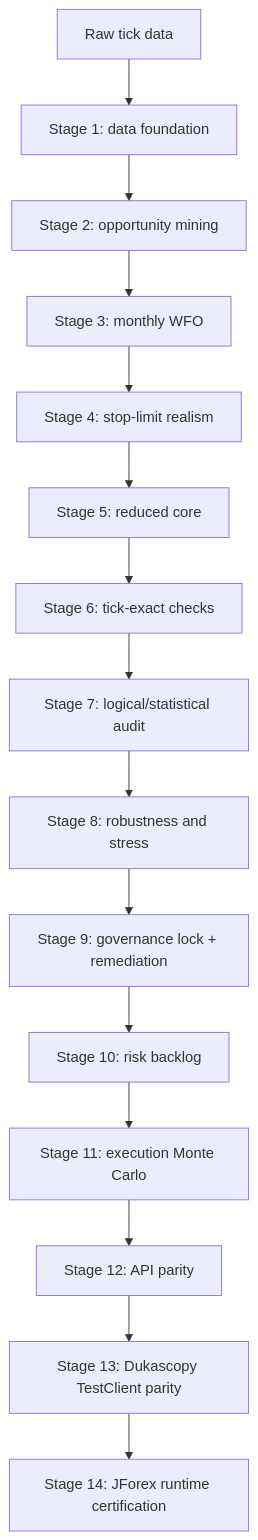
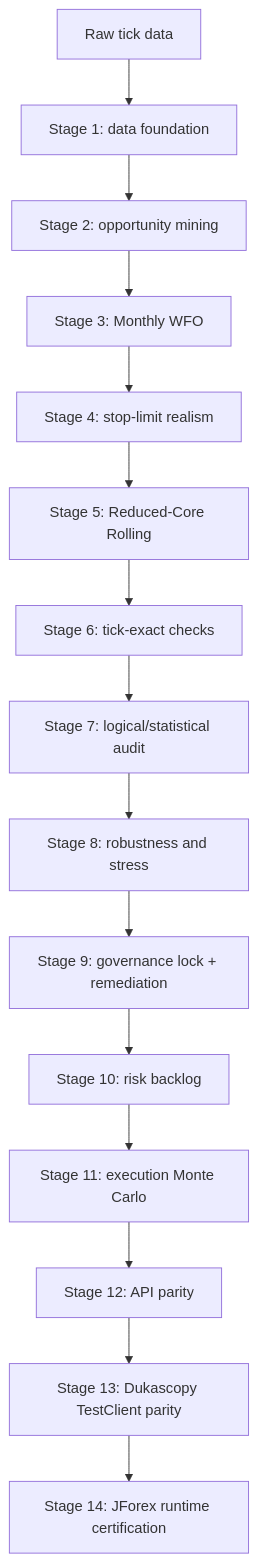
The diagram in docs/architecture.md (jbus84/behemoth), drawn with Mermaid before and after one commit. The commit also changed 3 other files, not shown here.

````diff
--- a/docs/architecture.md
+++ b/docs/architecture.md
@@ -7,17 +7,17 @@
 ```mermaid
 flowchart TD
   A[Raw tick data] --> B[Stage 1: data foundation]
   B --> C[Stage 2: opportunity mining]
-  C --> D[Stage 3: monthly WFO]
+  C --> D[Stage 3: Monthly WFO]
   D --> E[Stage 4: stop-limit realism]
-  E --> F[Stage 5: reduced core]
+  E --> F[Stage 5: Reduced-Core Rolling]
   F --> G[Stage 6: tick-exact checks]
   G --> H[Stage 7: logical/statistical audit]
   H --> I[Stage 8: robustness and stress]
   I --> J[Stage 9: governance lock + remediation]
   J --> K[Stage 10: risk backlog]
   K --> L[Stage 11: execution Monte Carlo]
   L --> M[Stage 12: API parity]
   M --> N[Stage 13: Dukascopy TestClient parity]
   N --> O[Stage 14: JForex runtime certification]
 ```
````
